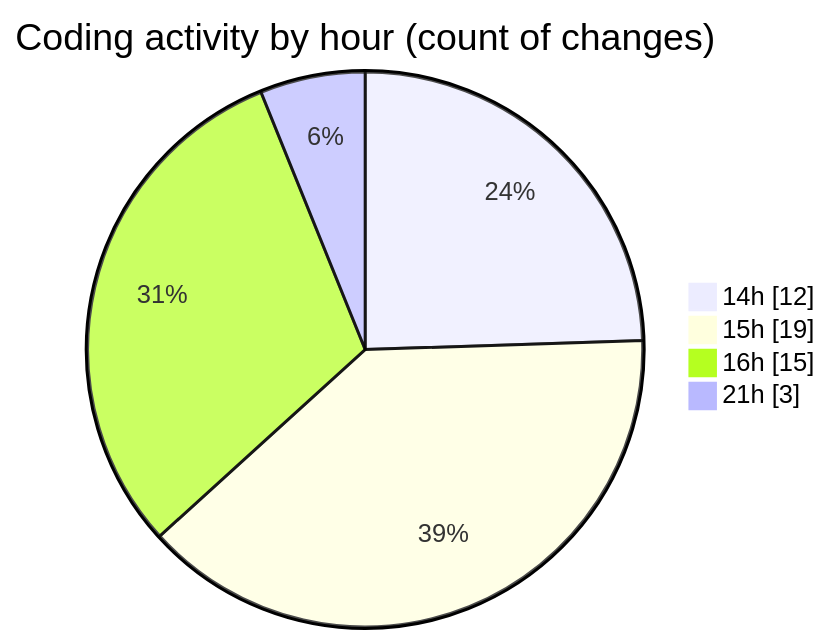
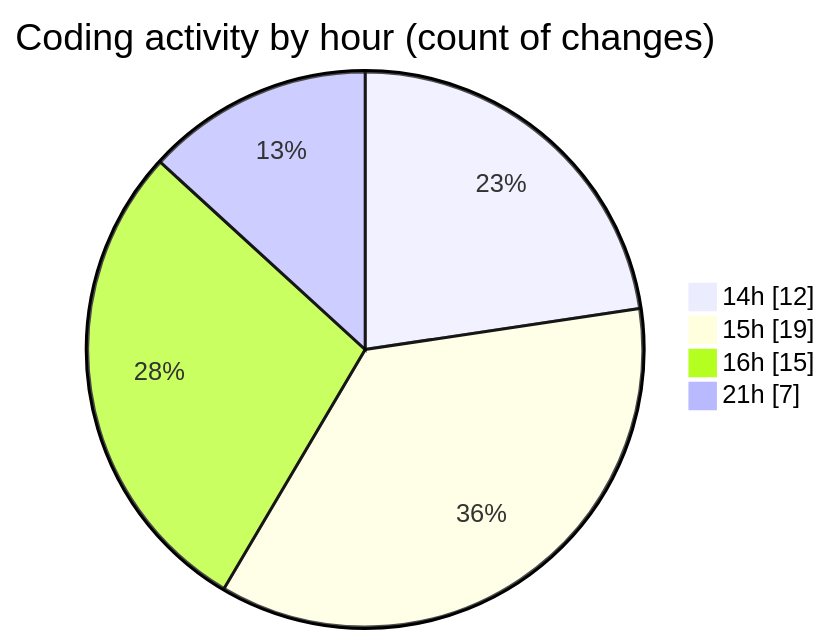
Before and after one commit to lephambinh05/code-tracking: the second of 2 diagrams in 2025-08-10/rentotp/README.md, drawn with Mermaid. The commit also changed other lines of this file and 1 other file, not shown here.

````diff
--- a/2025-08-10/rentotp/README.md
+++ b/2025-08-10/rentotp/README.md
@@ -36,8 +36,8 @@
 ```mermaid
 pie showData
 title Coding activity by hour (count of changes)
 "14h" : 12
 "15h" : 19
 "16h" : 15
-"21h" : 3
+"21h" : 7
 ```
````
